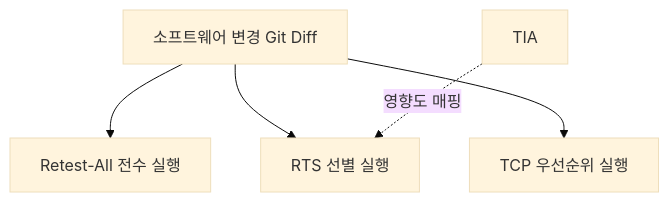
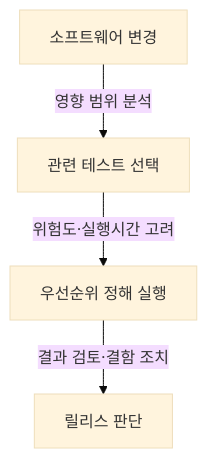
Before and after one commit to agnusdei1207/study: the first of 2 diagrams in src/content/docs/notes/itpe/02-software-engineering/061_regression_test.md, drawn with Mermaid (base theme). The commit also changed other lines of this file and 31 other files, not shown here.

Commit message:
docs(itpe): correct software engineering architecture and test notes

````diff
--- a/src/content/docs/notes/itpe/02-software-engineering/061_regression_test.md
+++ b/src/content/docs/notes/itpe/02-software-engineering/061_regression_test.md
@@ -54,7 +63,6 @@
 ```mermaid
-flowchart TB
-    CH["소프트웨어 변경 Git Diff"] --> RA["Retest-All 전수 실행"]
-    CH --> RTS["RTS 선별 실행"]
-    CH --> TCP["TCP 우선순위 실행"]
-    TIA["TIA"] -.->|"영향도 매핑"| RTS
+flowchart TD
+    A["소프트웨어 변경"] -->|"영향 범위 분석"| B["관련 테스트 선택"]
+    B -->|"위험도·실행시간 고려"| C["우선순위 정해 실행"]
+    C -->|"결과 검토·결함 조치"| D["릴리스 판단"]
 ```
````
